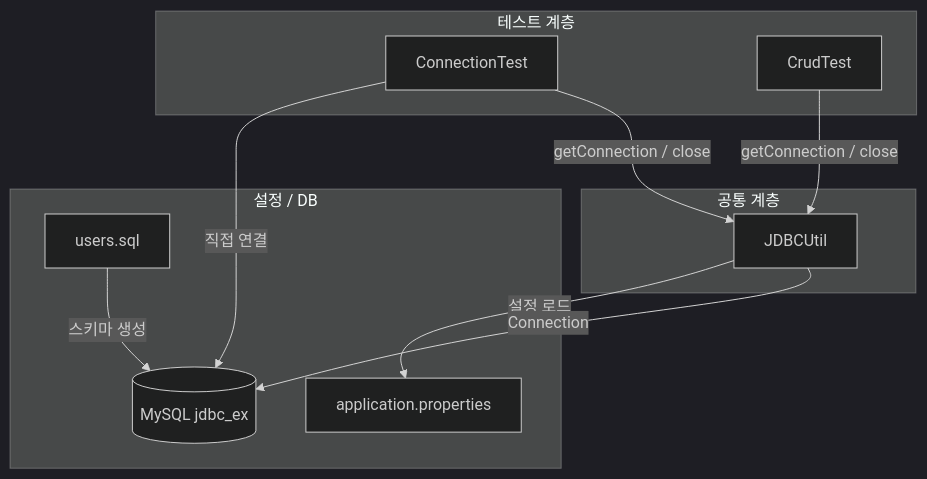
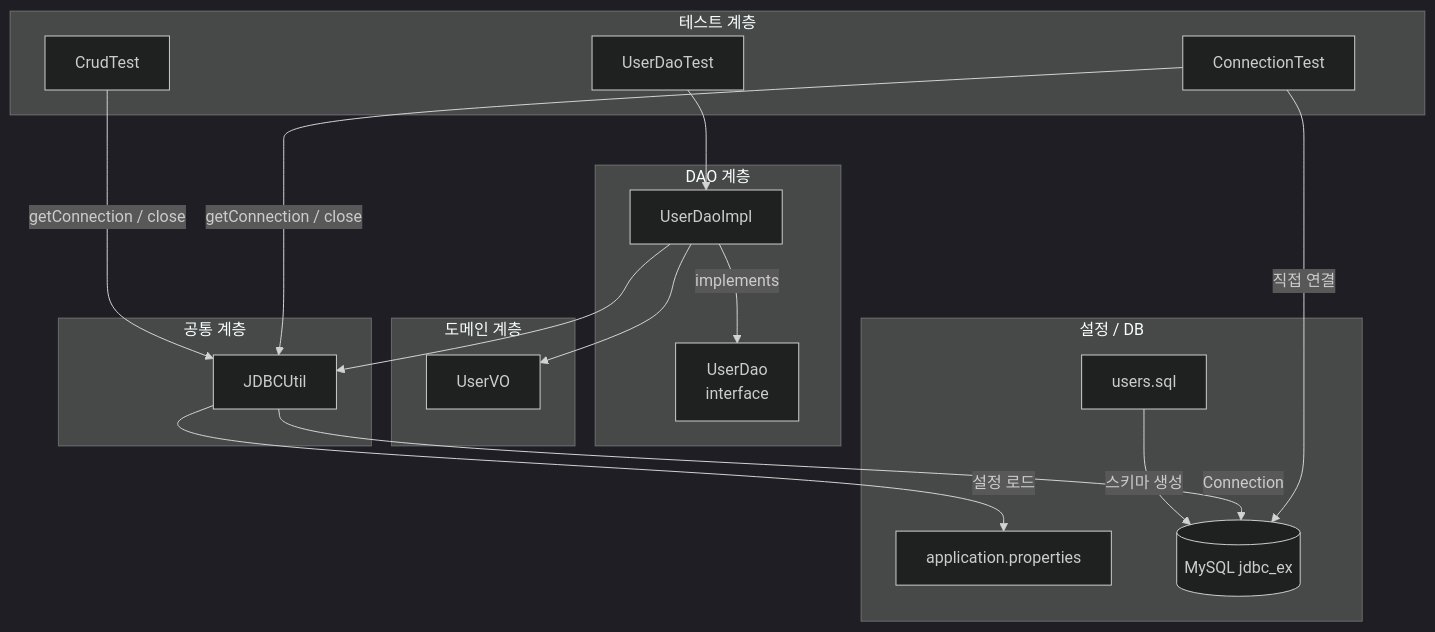
One commit to metaapple/jdbc_ex changed the first of 5 diagrams in README.md. Above: the diagram before and after it, drawn with Mermaid (dark theme). The commit also changed other lines of this file, not shown here.

````diff
--- a/README.md
+++ b/README.md
@@ -9,24 +10,38 @@
 ```mermaid
 graph TD
     subgraph "테스트 계층"
         CT[ConnectionTest]
         CR[CrudTest]
+        UDT[UserDaoTest]
+    end
+
+    subgraph "DAO 계층"
+        UD[UserDao<br/>interface]
+        UDI[UserDaoImpl]
+    end
+
+    subgraph "도메인 계층"
+        UVO[UserVO]
     end
 
     subgraph "공통 계층"
         JU[JDBCUtil]
     end
 
     subgraph "설정 / DB"
         AP[application.properties]
         SQL[users.sql]
         DB[(MySQL jdbc_ex)]
     end
 
     CT -->|직접 연결| DB
     CT -->|getConnection / close| JU
     CR -->|getConnection / close| JU
+    UDT --> UDI
+    UDI -->|implements| UD
+    UDI --> UVO
+    UDI --> JU
     JU -->|설정 로드| AP
     JU -->|Connection| DB
     SQL -->|스키마 생성| DB
 ```
````
